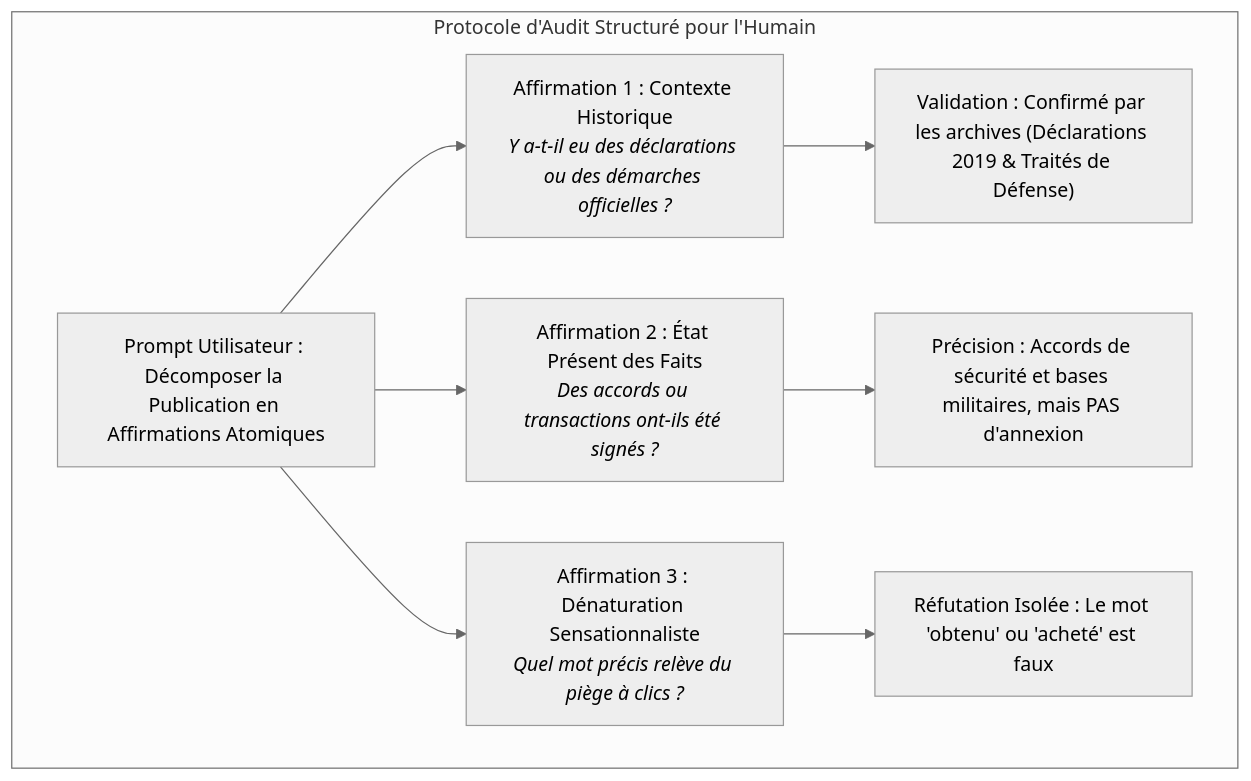
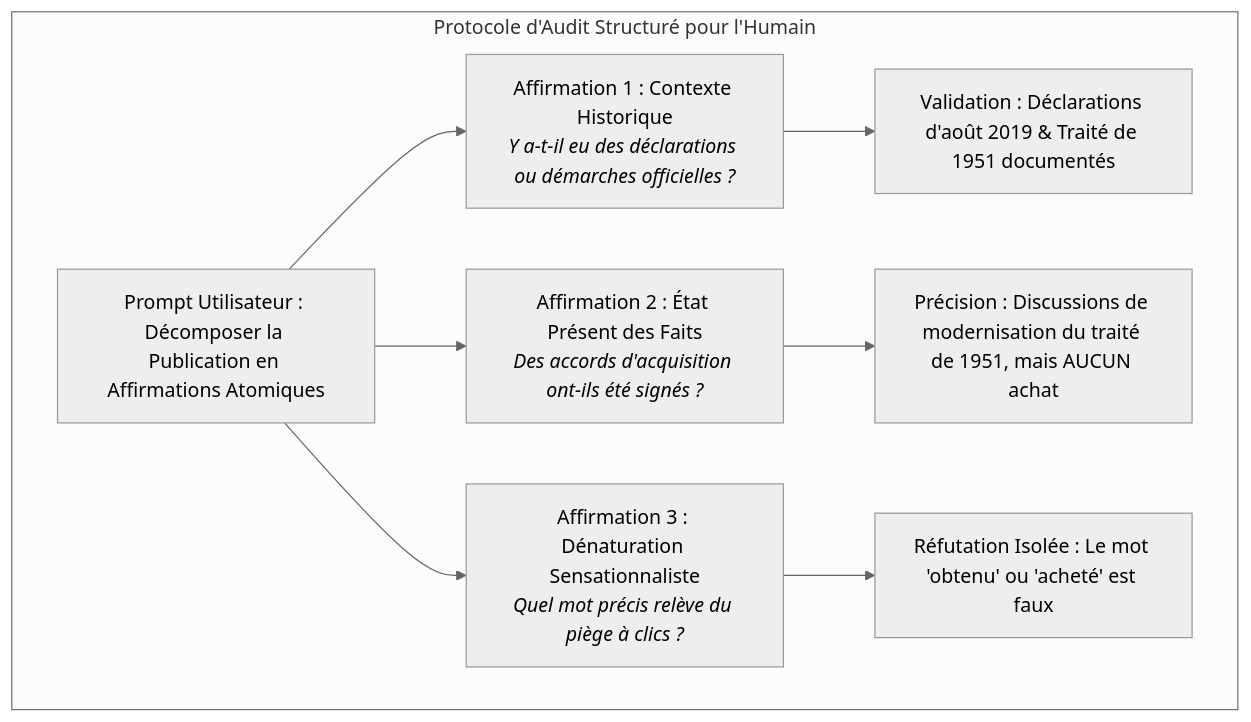
The third of 3 diagrams in 2_Realite_et_Utilisation/11_verification_des_faits_gemini_et_hallucinations_de_refutation.md (MidasRX/Research), drawn with Mermaid (neutral theme) before and after one commit. The commit also changed other lines of this file, not shown here.

Commit message:
fix(tome-11): correction factuelle sur le Groenland (accord 1951) et retrait des sources inventees

````diff
--- a/2_Realite_et_Utilisation/11_verification_des_faits_gemini_et_hallucinations_de_refutation.md
+++ b/2_Realite_et_Utilisation/11_verification_des_faits_gemini_et_hallucinations_de_refutation.md
@@ -108,12 +109,12 @@
 ```mermaid
 flowchart TD
     subgraph DEMARCHE["Protocole d'Audit Structuré pour l'Humain"]
-        Q["Prompt Utilisateur : Décomposer la Publication en Affirmations Atomiques"] --> A1["Affirmation 1 : Contexte Historique<br><i>Y a-t-il eu des déclarations ou des démarches officielles ?</i>"]
-        Q --> A2["Affirmation 2 : État Présent des Faits<br><i>Des accords ou transactions ont-ils été signés ?</i>"]
+        Q["Prompt Utilisateur : Décomposer la Publication en Affirmations Atomiques"] --> A1["Affirmation 1 : Contexte Historique<br><i>Y a-t-il eu des déclarations ou démarches officielles ?</i>"]
+        Q --> A2["Affirmation 2 : État Présent des Faits<br><i>Des accords d'acquisition ont-ils été signés ?</i>"]
         Q --> A3["Affirmation 3 : Dénaturation Sensationnaliste<br><i>Quel mot précis relève du piège à clics ?</i>"]
         
-        A1 --> R1["Validation : Confirmé par les archives (Déclarations 2019 & Traités de Défense)"]
-        A2 --> R2["Précision : Accords de sécurité et bases militaires, mais PAS d'annexion"]
+        A1 --> R1["Validation : Déclarations d'août 2019 & Traité de 1951 documentés"]
+        A2 --> R2["Précision : Discussions de modernisation du traité de 1951, mais AUCUN achat"]
         A3 --> R3["Réfutation Isolée : Le mot 'obtenu' ou 'acheté' est faux"]
     end
 ```
````
